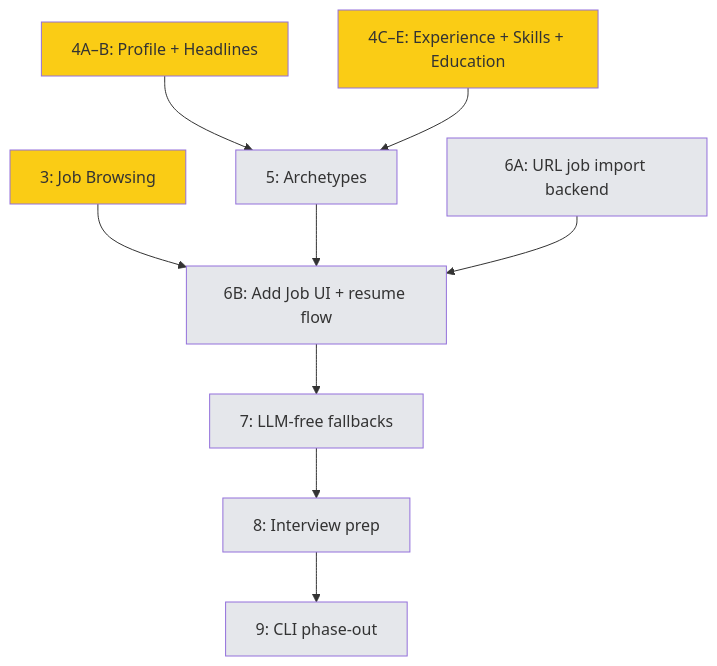
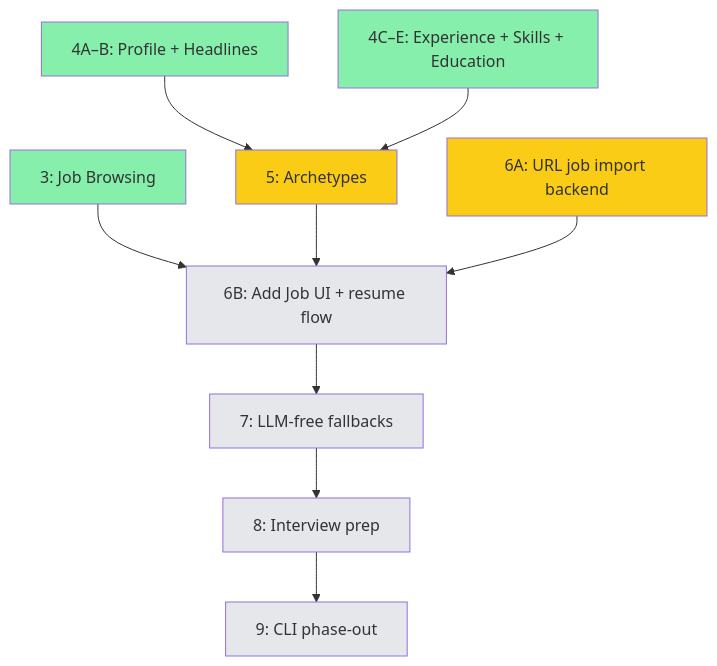
One commit to bluebird-labs/TailoredIn changed the diagram in GOALS.md. Above: the diagram before and after it, drawn with Mermaid. The commit also changed other lines of this file and 2 other files, not shown here.

````diff
--- a/GOALS.md
+++ b/GOALS.md
@@ -71,21 +65,21 @@
 ```mermaid
 graph TD
     M3["3: Job Browsing"] --> M6B["6B: Add Job UI + resume flow"]
     M4AB["4A–B: Profile + Headlines"] --> M5["5: Archetypes"]
     M4CDE["4C–E: Experience + Skills + Education"] --> M5
     M5 --> M6B
     M6A["6A: URL job import backend"] --> M6B
     M6B --> M7["7: LLM-free fallbacks"]
     M7 --> M8["8: Interview prep"]
     M8 --> M9["9: CLI phase-out"]
 
-    style M3 fill:#facc15
-    style M4AB fill:#facc15
-    style M4CDE fill:#facc15
-    style M5 fill:#e5e7eb
-    style M6A fill:#e5e7eb
+    style M3 fill:#86efac
+    style M4AB fill:#86efac
+    style M4CDE fill:#86efac
+    style M5 fill:#facc15
+    style M6A fill:#facc15
     style M6B fill:#e5e7eb
     style M7 fill:#e5e7eb
     style M8 fill:#e5e7eb
     style M9 fill:#e5e7eb
 ```
````
